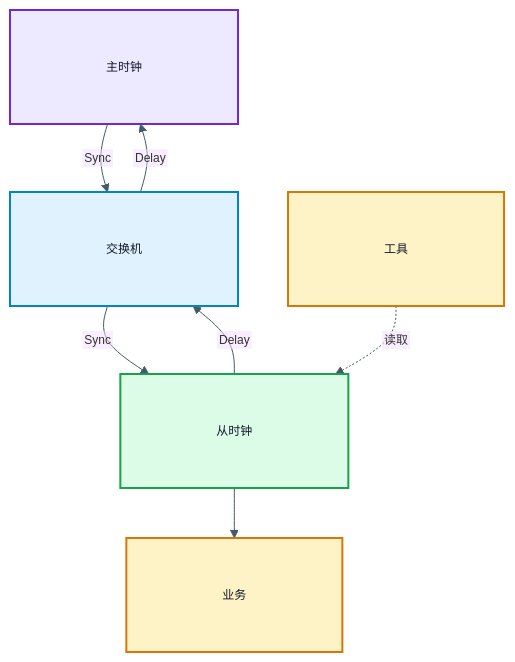
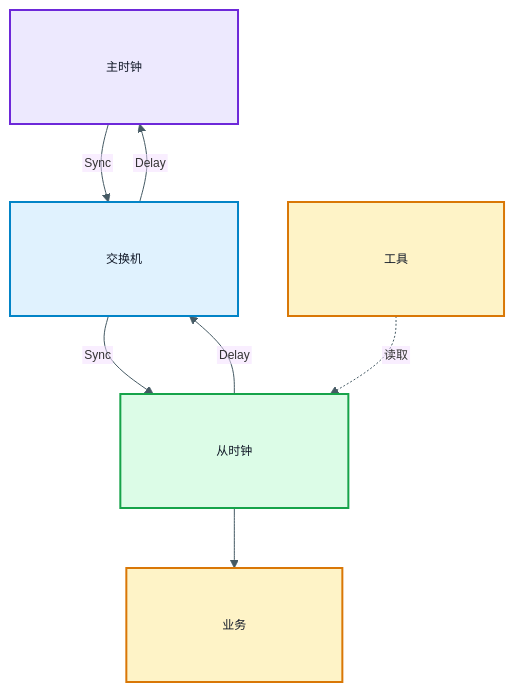
One commit to DeguiLiu/tech-notes changed the first of 3 diagrams in content/posts/performance/qnx_ptpd_time_sync_accuracy.md. Above: the diagram before and after it, drawn with Mermaid. The commit also changed other lines of this file and 1 other file, not shown here.

Commit message:
story-docs(blog): republish QNX PTPD post with revised intro

````diff
--- a/content/posts/performance/qnx_ptpd_time_sync_accuracy.md
+++ b/content/posts/performance/qnx_ptpd_time_sync_accuracy.md
@@ -37,24 +53,23 @@
 ```mermaid
-%%{init: {"theme":"base","themeVariables":{"fontFamily":"sans-serif","fontSize":"12px","lineColor":"#455A64"},"flowchart":{"padding":48,"htmlLabels":false}}}%%
+%%{init: {"theme":"base","themeVariables":{"fontFamily":"sans-serif","fontSize":"12px","lineColor":"#455A64"},"flowchart":{"htmlLabels":false,"padding":48,"nodeSpacing":50,"rankSpacing":60}}}%%
 flowchart TB
     GM["主时钟"]
     SW["交换机"]
     QNX["从时钟"]
     APP["业务"]
     TOOL["工具"]
-
-    GM -->|"Sync"| SW
-    SW -->|"Sync"| QNX
-    QNX -->|"Delay"| SW
-    SW -->|"Delay"| GM
+    GM -->|Sync| SW
+    SW -->|Sync| QNX
+    QNX -->|Delay| SW
+    SW -->|Delay| GM
     QNX --> APP
-    TOOL -.->|"读取"| QNX
+    TOOL -.->|读取| QNX
     classDef master fill:#EDE9FE,stroke:#6D28D9,stroke-width:2px,color:#111827
     classDef net fill:#E0F2FE,stroke:#0284C7,stroke-width:2px,color:#111827
     classDef slave fill:#DCFCE7,stroke:#16A34A,stroke-width:2px,color:#111827
     classDef app fill:#FEF3C7,stroke:#D97706,stroke-width:2px,color:#111827
     class GM master
     class SW net
     class QNX slave
     class APP,TOOL app
 ```
````
